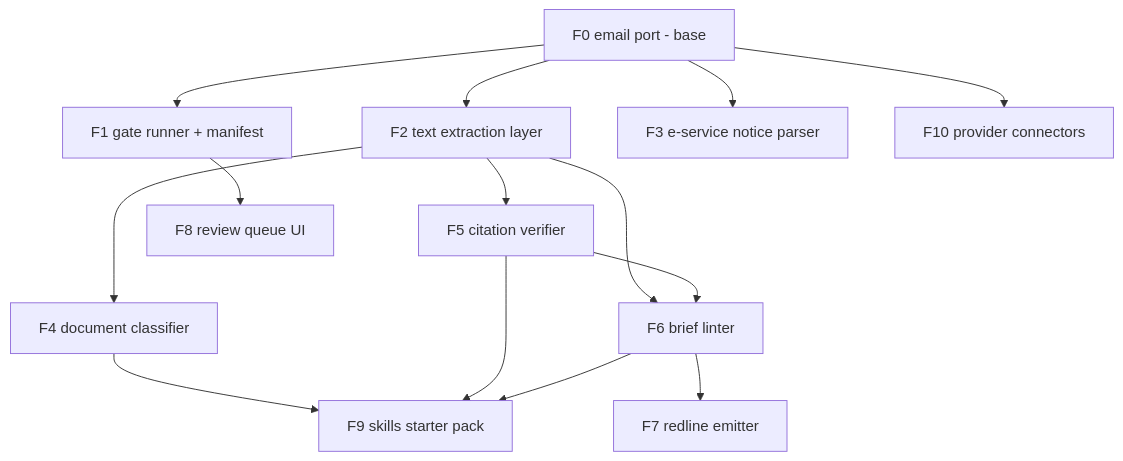
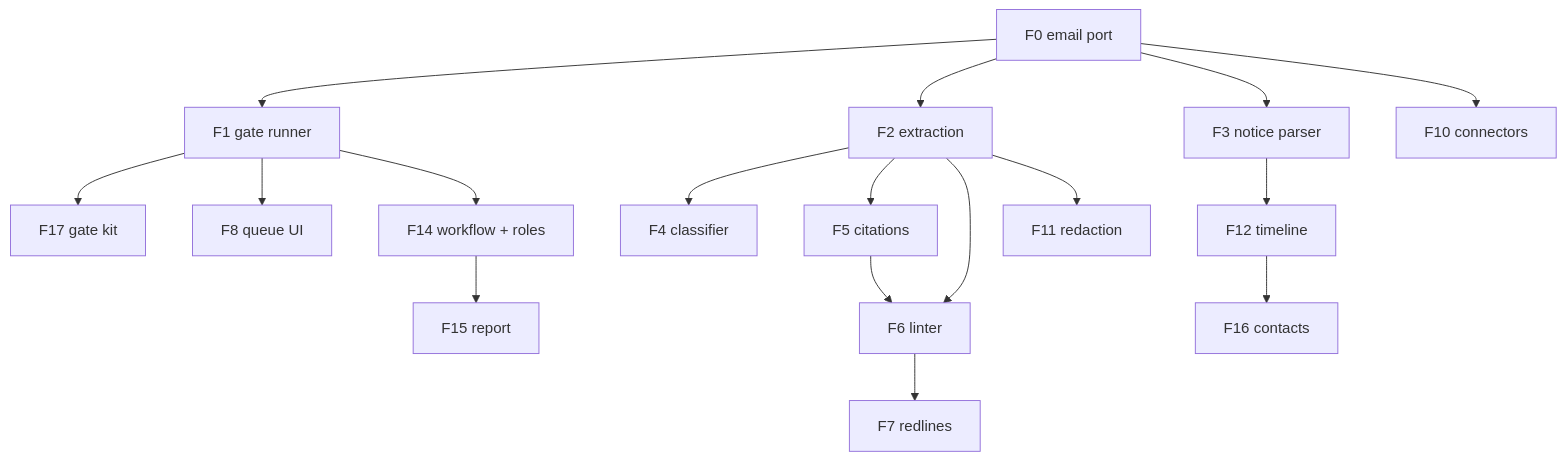
The diagram in FEATURES.md (harkins-solutions/docketry), drawn with Mermaid before and after one commit. The commit also changed other lines of this file and 20 other files, not shown here.

````diff
--- a/FEATURES.md
+++ b/FEATURES.md
@@ -23,16 +38,19 @@
 ```mermaid
 graph TD
-  F0[F0 email port - base] --> F1[F1 gate runner + manifest]
-  F0 --> F2[F2 text extraction layer]
-  F0 --> F3[F3 e-service notice parser]
-  F2 --> F4[F4 document classifier]
-  F2 --> F5[F5 citation verifier]
-  F2 --> F6[F6 brief linter]
+  F0[F0 email port] --> F1[F1 gate runner]
+  F0 --> F2[F2 extraction]
+  F0 --> F3[F3 notice parser]
+  F1 --> F17[F17 gate kit]
+  F1 --> F8[F8 queue UI]
+  F1 --> F14[F14 workflow + roles]
+  F2 --> F4[F4 classifier]
+  F2 --> F5[F5 citations]
+  F2 --> F6[F6 linter]
+  F2 --> F11[F11 redaction]
+  F3 --> F12[F12 timeline]
   F5 --> F6
-  F1 --> F8[F8 review queue UI]
-  F4 --> F9[F9 skills starter pack]
-  F5 --> F9
-  F6 --> F9
-  F6 --> F7[F7 redline emitter]
-  F0 --> F10[F10 provider connectors]
+  F6 --> F7[F7 redlines]
+  F12 --> F16[F16 contacts]
+  F14 --> F15[F15 report]
+  F0 --> F10[F10 connectors]
 ```
````
